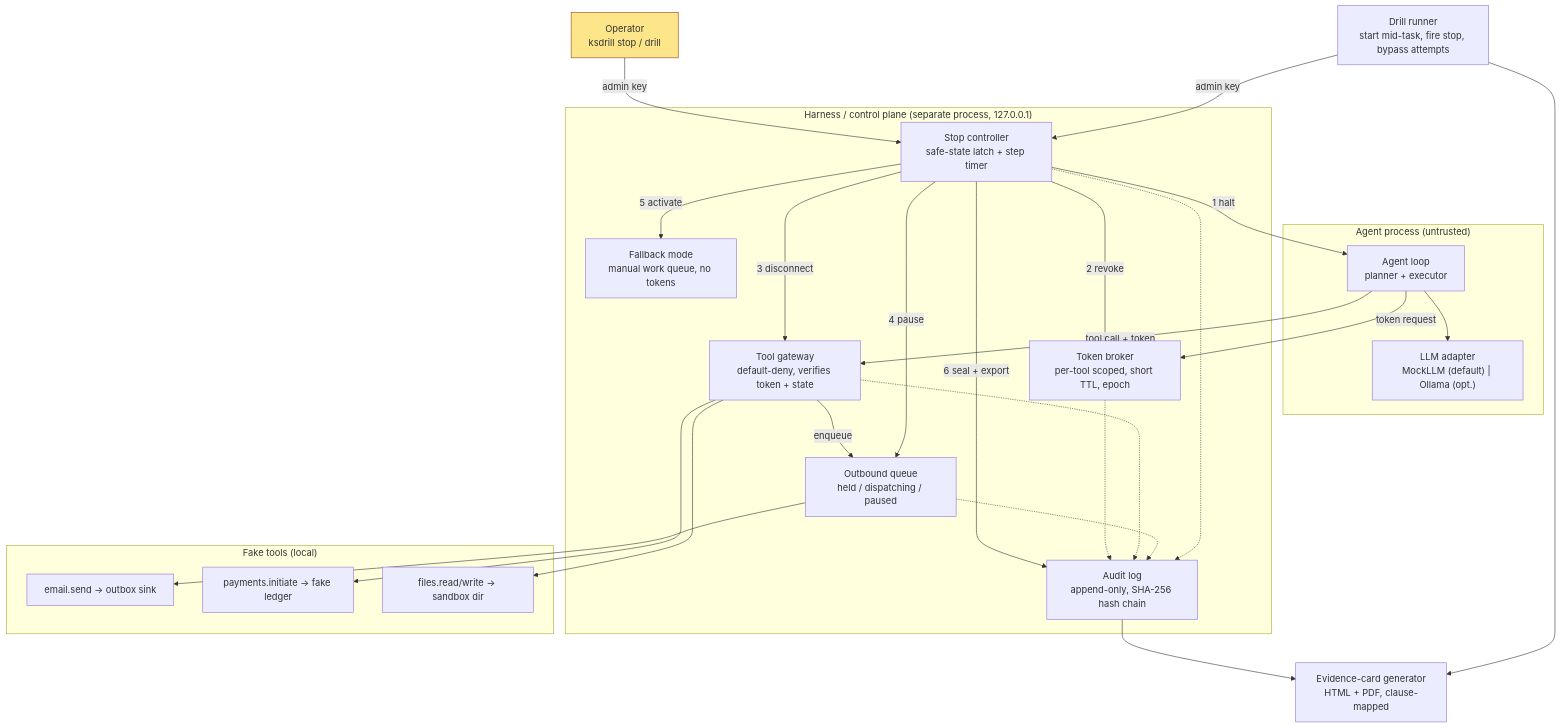
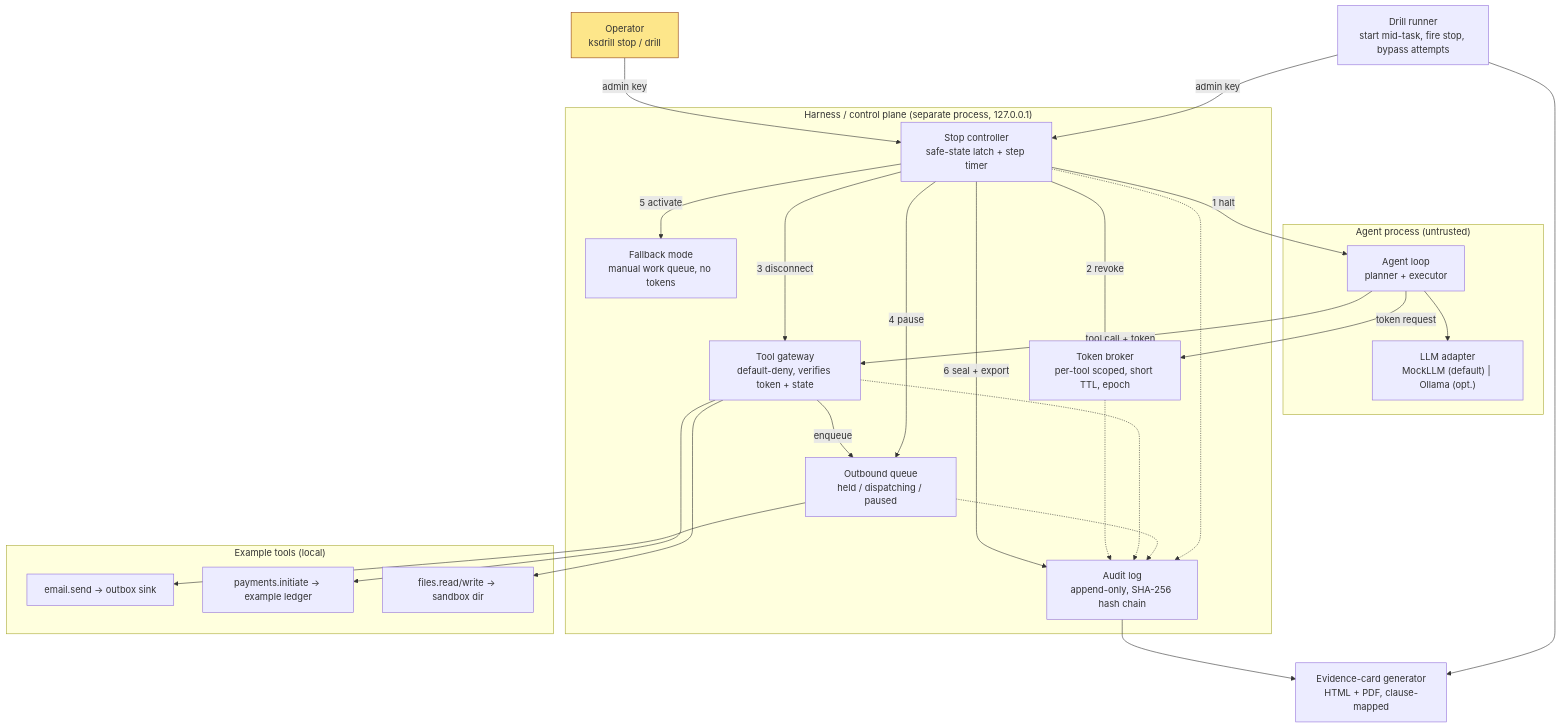
Before and after one commit to Ghalbouni-Consulting/agent-safe-state-drill: the diagram in docs/ARCHITECTURE.md, drawn with Mermaid. The commit also changed 11 other files, not shown here.

First line of the commit message:
docs: say example instead of fake in viewer-facing text

````diff
--- a/docs/ARCHITECTURE.md
+++ b/docs/ARCHITECTURE.md
@@ -5,45 +5,45 @@
 ```mermaid
 flowchart TB
   OP["Operator<br/>ksdrill stop / drill"]:::human
   subgraph AGENT["Agent process (untrusted)"]
     LOOP["Agent loop<br/>planner + executor"]
     LLM["LLM adapter<br/>MockLLM (default) | Ollama (opt.)"]
     LOOP --> LLM
   end
   subgraph HARNESS["Harness / control plane (separate process, 127.0.0.1)"]
     SC["Stop controller<br/>safe-state latch + step timer"]
     TB["Token broker<br/>per-tool scoped, short TTL, epoch"]
     GW["Tool gateway<br/>default-deny, verifies token + state"]
     OQ["Outbound queue<br/>held / dispatching / paused"]
     FB["Fallback mode<br/>manual work queue, no tokens"]
     LOG["Audit log<br/>append-only, SHA-256 hash chain"]
   end
-  subgraph TOOLS["Fake tools (local)"]
+  subgraph TOOLS["Example tools (local)"]
     EM["email.send -> outbox sink"]
-    PAY["payments.initiate -> fake ledger"]
+    PAY["payments.initiate -> example ledger"]
     FS["files.read/write -> sandbox dir"]
   end
   DR["Drill runner<br/>start mid-task, fire stop, bypass attempts"]
   EC["Evidence-card generator<br/>HTML + PDF, clause-mapped"]
   OP -->|admin key| SC
   DR -->|admin key| SC
   LOOP -->|token request| TB
   LOOP -->|tool call + token| GW
   GW --> FS
   GW --> PAY
   GW -->|enqueue| OQ
   OQ --> EM
   SC -->|1 halt| LOOP
   SC -->|2 revoke| TB
   SC -->|3 disconnect| GW
   SC -->|4 pause| OQ
   SC -->|5 activate| FB
   SC -->|6 seal + export| LOG
   TB -.-> LOG
   GW -.-> LOG
   OQ -.-> LOG
   SC -.-> LOG
   LOG --> EC
   DR --> EC
   classDef human fill:#fde68a,stroke:#92400e
 ```
````
